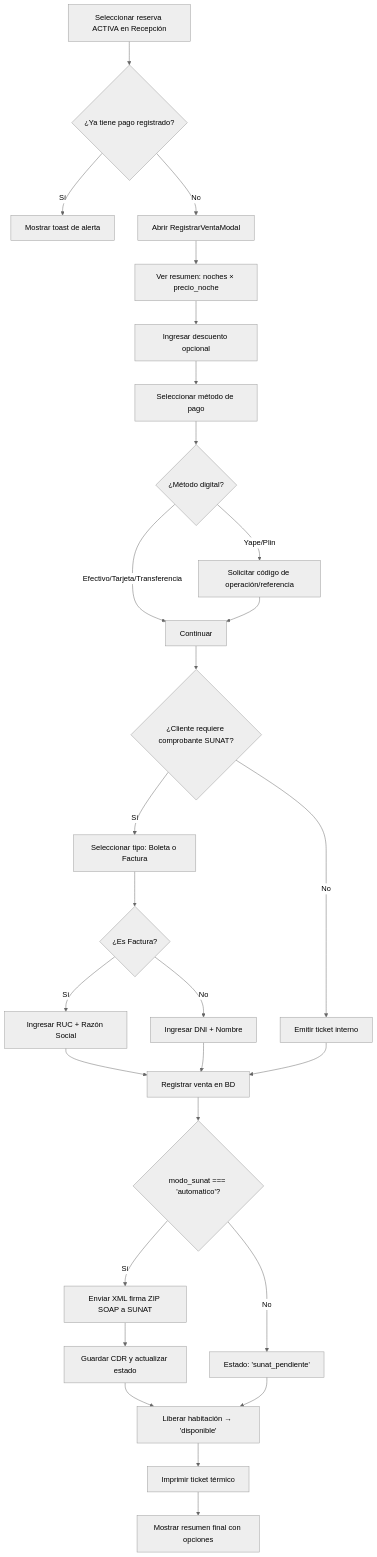
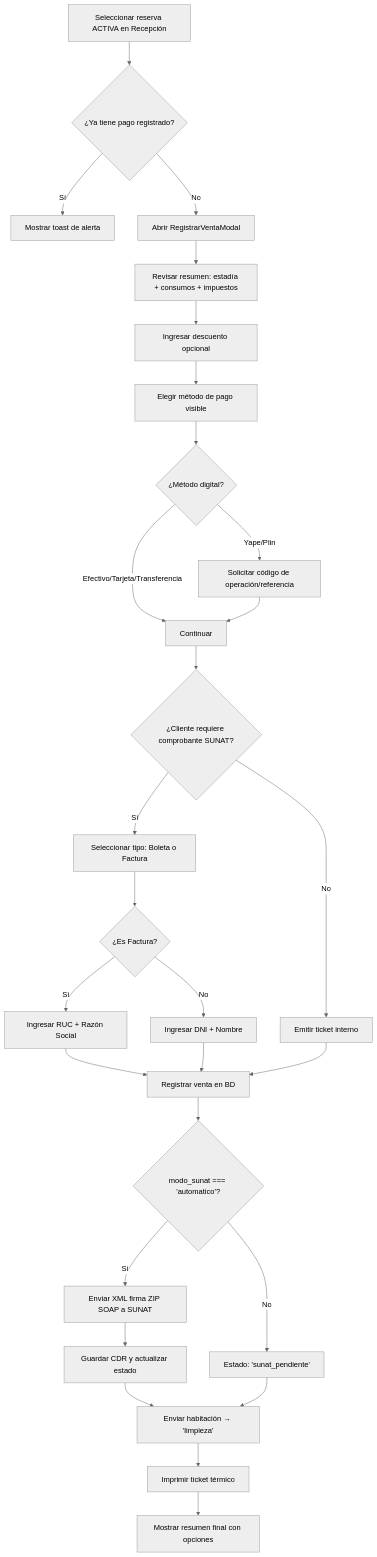
Before and after one commit to jhoncharlesjcar/pms-jcar-labs-inc: the first of 2 diagrams in specs/domain-checkout.md, drawn with Mermaid (neutral theme). The commit also changed other lines of this file and 386 other files, not shown here.

````diff
--- a/specs/domain-checkout.md
+++ b/specs/domain-checkout.md
@@ -19,38 +19,38 @@
 ```mermaid
 graph TD
     A[Seleccionar reserva ACTIVA en Recepción] --> B{¿Ya tiene pago registrado?}
     B -->|Sí| C[Mostrar toast de alerta]
     B -->|No| D[Abrir RegistrarVentaModal]
     
-    D --> E[Ver resumen: noches × precio_noche]
+    D --> E[Revisar resumen: estadía + consumos + impuestos]
     E --> F[Ingresar descuento opcional]
-    F --> G[Seleccionar método de pago]
+    F --> G[Elegir método de pago visible]
     G --> H{¿Método digital?}
     H -->|Yape/Plin| I[Solicitar código de operación/referencia]
     H -->|Efectivo/Tarjeta/Transferencia| J[Continuar]
     
     I --> J
     
     J --> K{¿Cliente requiere comprobante SUNAT?}
     K -->|No| L[Emitir ticket interno]
     K -->|Sí| M[Seleccionar tipo: Boleta o Factura]
     
     M --> N{¿Es Factura?}
     N -->|Sí| O[Ingresar RUC + Razón Social]
     N -->|No| P[Ingresar DNI + Nombre]
     
     O --> Q[Registrar venta en BD]
     P --> Q
     L --> Q
     
     Q --> R{modo_sunat === 'automatico'?}
     R -->|Sí| S[Enviar XML firma ZIP SOAP a SUNAT]
     S --> T[Guardar CDR y actualizar estado]
     R -->|No| U[Estado: 'sunat_pendiente']
     
-    T --> V[Liberar habitación → 'disponible']
+    T --> V[Enviar habitación → 'limpieza']
     U --> V
     
     V --> W[Imprimir ticket térmico]
     W --> X[Mostrar resumen final con opciones]
 ```
````
